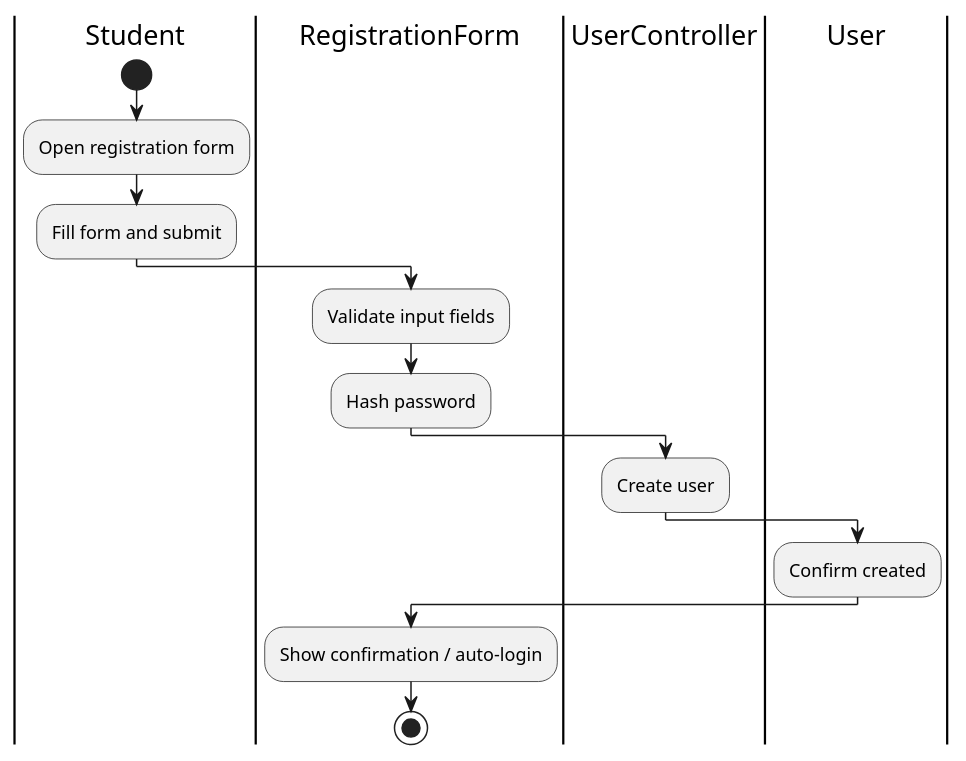
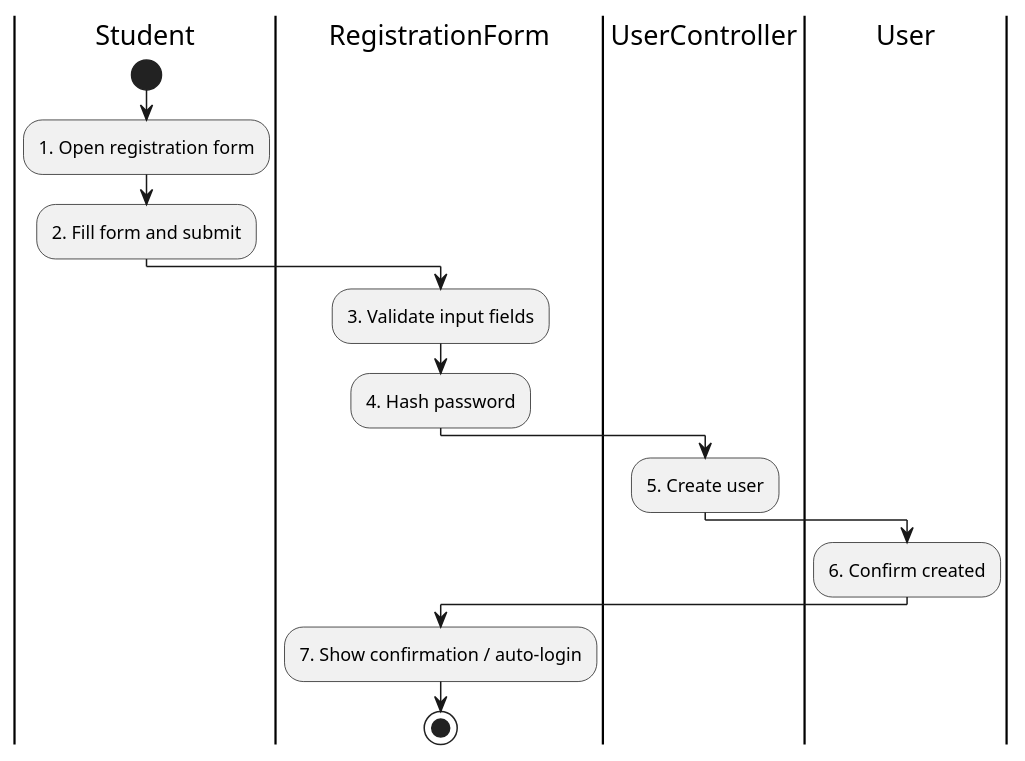
One commit to Huangphoux/uit-SE357_requirement changed the diagram in docs/2. Diagrams/Activity diagram/0. SignUp/SignUp.pu. Above: the diagram before and after it, drawn with PlantUML. The commit also changed 85 other files, not shown here.

```diff
--- a/docs/2. Diagrams/Activity diagram/0. SignUp/SignUp.pu
+++ b/docs/2. Diagrams/Activity diagram/0. SignUp/SignUp.pu
@@ -1,16 +1,16 @@
 @startuml SignUp
 |Student|
 start
-:Open registration form;
-:Fill form and submit;
+:1. Open registration form;
+:2. Fill form and submit;
 |RegistrationForm|
-:Validate input fields;
-:Hash password;
+:3. Validate input fields;
+:4. Hash password;
 |UserController|
-:Create user;
+:5. Create user;
 |User|
-:Confirm created;
+:6. Confirm created;
 |RegistrationForm|
-:Show confirmation / auto-login;
+:7. Show confirmation / auto-login;
 stop
 @enduml
```
